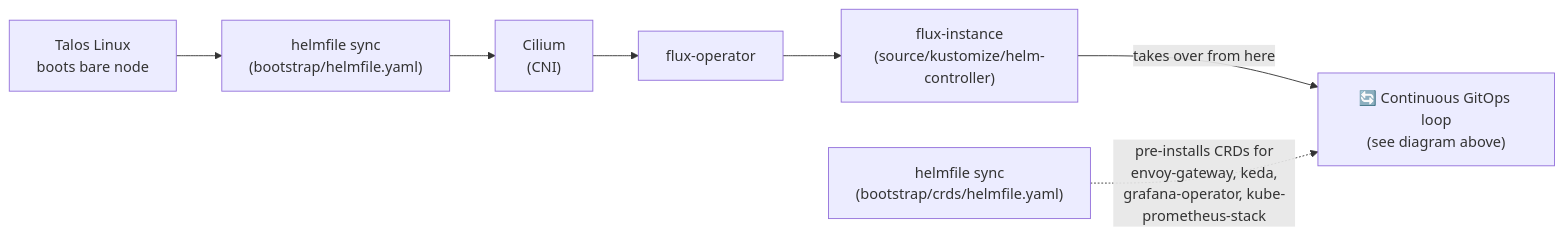
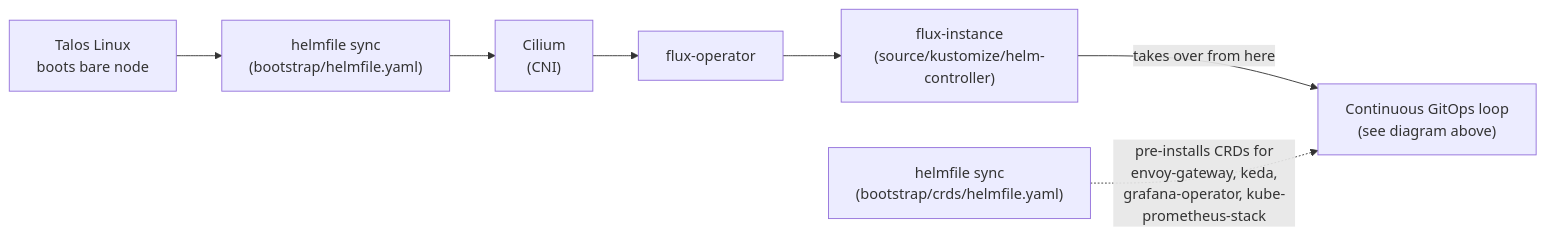
One commit to mirceanton/home-ops changed the second of 3 diagrams in README.md. Above: the diagram before and after it, drawn with Mermaid. The commit also changed other lines of this file, not shown here.

````diff
--- a/README.md
+++ b/README.md
@@ -100,10 +94,10 @@
 ```mermaid
 flowchart LR
     Talos["Talos Linux\nboots bare node"] --> HF["helmfile sync\n(bootstrap/helmfile.yaml)"]
     HF --> Cilium["Cilium\n(CNI)"]
     Cilium --> FO["flux-operator"]
     FO --> FI["flux-instance\n(source/kustomize/helm-controller)"]
-    FI -->|"takes over from here"| GitOps["🔄 Continuous GitOps loop\n(see diagram above)"]
+    FI -->|"takes over from here"| GitOps["Continuous GitOps loop\n(see diagram above)"]
 
     CRDs["helmfile sync\n(bootstrap/crds/helmfile.yaml)"] -.->|"pre-installs CRDs for\nenvoy-gateway, keda,\ngrafana-operator, kube-prometheus-stack"| GitOps
 ```
````
